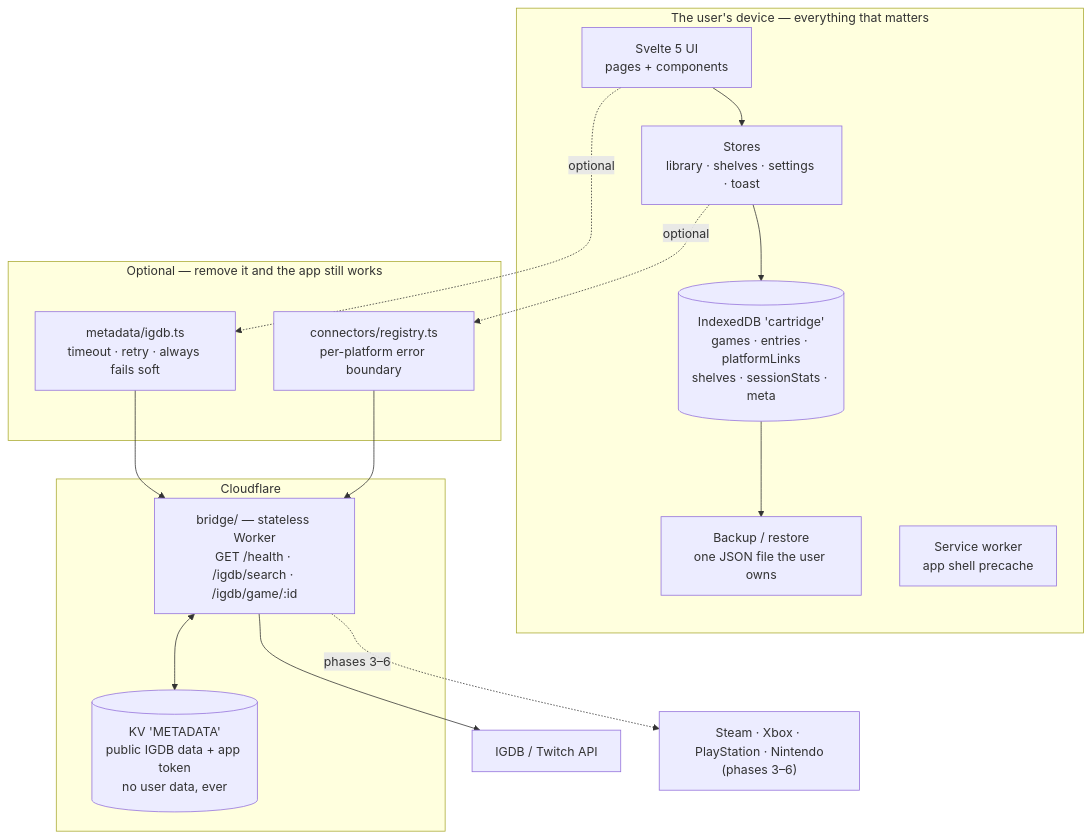
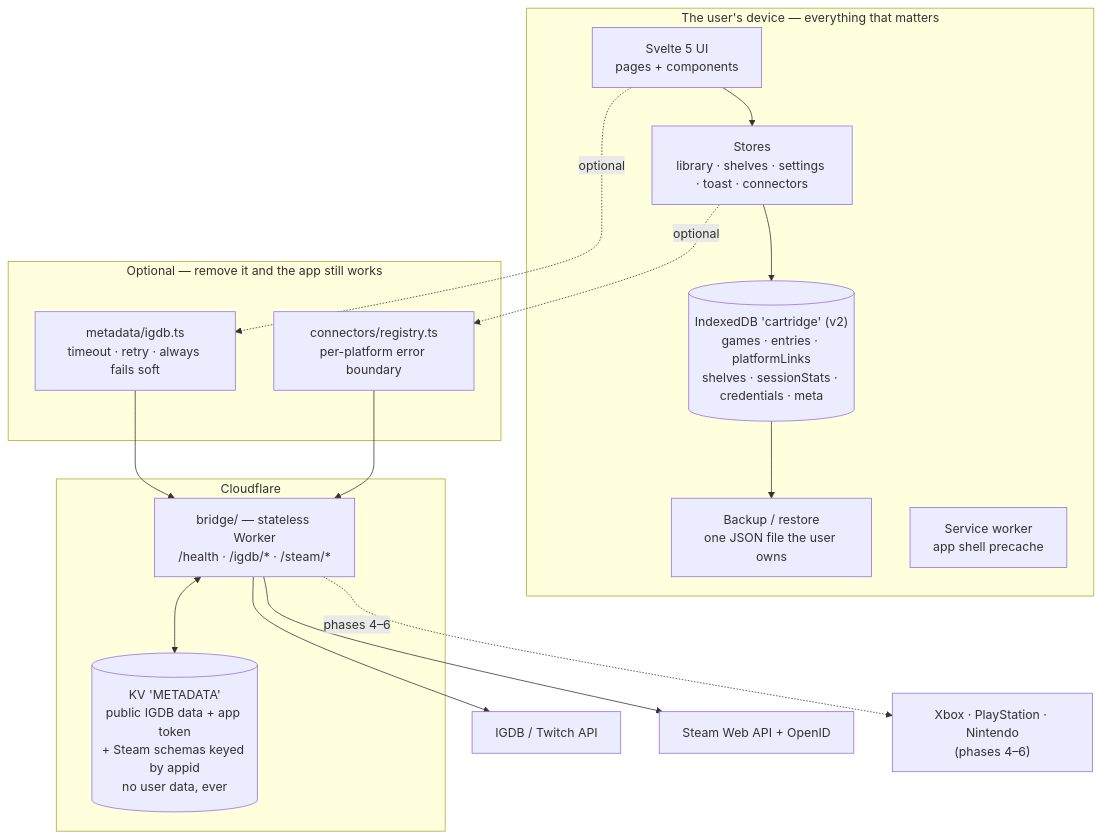
Before and after one commit to jrmoulckers/cartridge: the diagram in ARCHITECTURE.md, drawn with Mermaid. The commit also changed other lines of this file and 26 other files, not shown here.

First line of the commit message:
feat(connectors): Steam connector (#5) (#6)

````diff
--- a/ARCHITECTURE.md
+++ b/ARCHITECTURE.md
@@ -28,32 +28,34 @@
 ```mermaid
 flowchart TB
     subgraph device["The user's device — everything that matters"]
         UI["Svelte 5 UI<br/>pages + components"]
-        Stores["Stores<br/>library · shelves · settings · toast"]
-        DB[("IndexedDB 'cartridge'<br/>games · entries · platformLinks<br/>shelves · sessionStats · meta")]
+        Stores["Stores<br/>library · shelves · settings · toast · connectors"]
+        DB[("IndexedDB 'cartridge' (v2)<br/>games · entries · platformLinks<br/>shelves · sessionStats · credentials · meta")]
         Backup["Backup / restore<br/>one JSON file the user owns"]
         SW["Service worker<br/>app shell precache"]
 
         UI --> Stores --> DB
         DB --> Backup
     end
 
     subgraph optional["Optional — remove it and the app still works"]
         Meta["metadata/igdb.ts<br/>timeout · retry · always fails soft"]
         Conn["connectors/registry.ts<br/>per-platform error boundary"]
     end
 
     subgraph cf["Cloudflare"]
-        Bridge["bridge/ — stateless Worker<br/>GET /health · /igdb/search · /igdb/game/:id"]
-        KV[("KV 'METADATA'<br/>public IGDB data + app token<br/>no user data, ever")]
+        Bridge["bridge/ — stateless Worker<br/>/health · /igdb/* · /steam/*"]
+        KV[("KV 'METADATA'<br/>public IGDB data + app token<br/>+ Steam schemas keyed by appid<br/>no user data, ever")]
     end
 
     IGDB["IGDB / Twitch API"]
-    Plat["Steam · Xbox · PlayStation · Nintendo<br/>(phases 3–6)"]
+    Plat["Steam Web API + OpenID"]
+    Soon["Xbox · PlayStation · Nintendo<br/>(phases 4–6)"]
 
     UI -.optional.-> Meta --> Bridge
     Stores -.optional.-> Conn --> Bridge
     Bridge <--> KV
     Bridge --> IGDB
-    Bridge -.phases 3–6.-> Plat
+    Bridge --> Plat
+    Bridge -.phases 4–6.-> Soon
 ```
````
